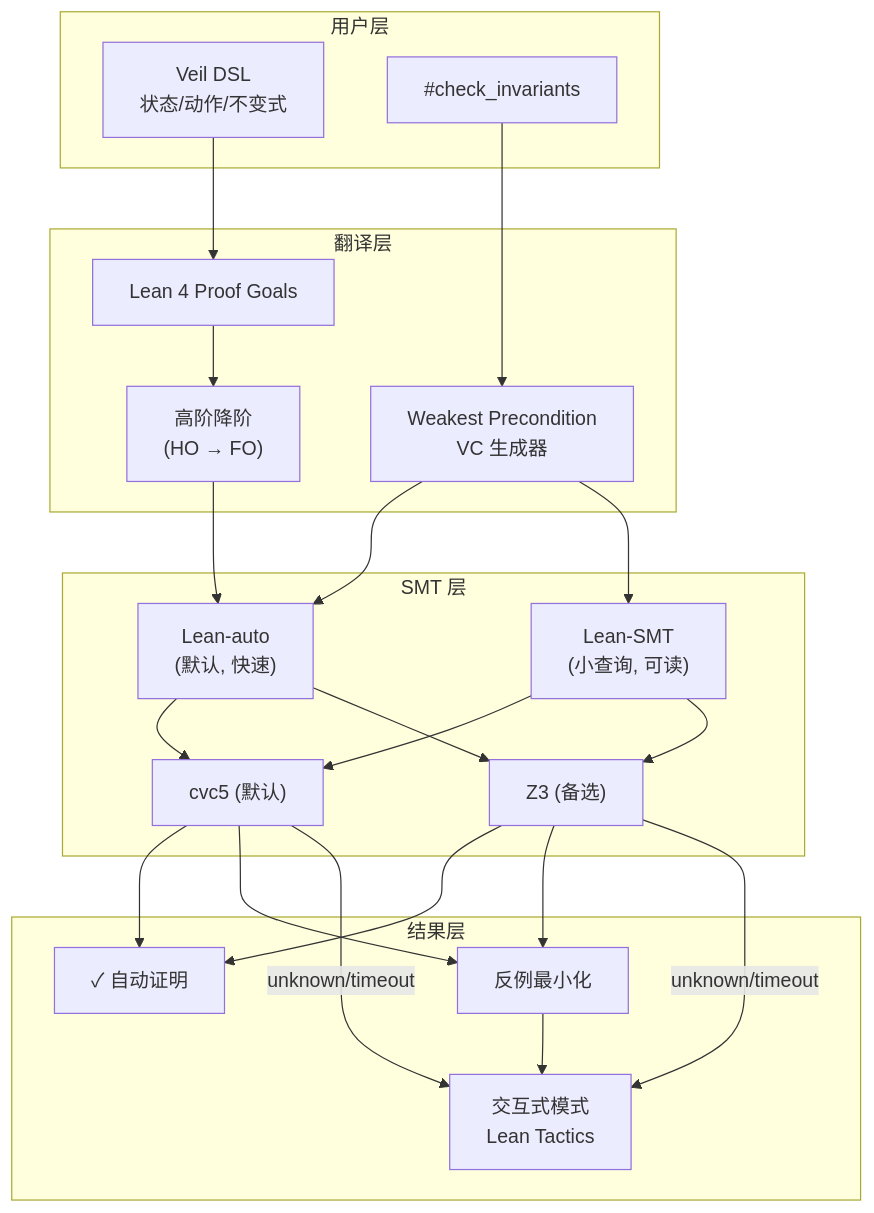
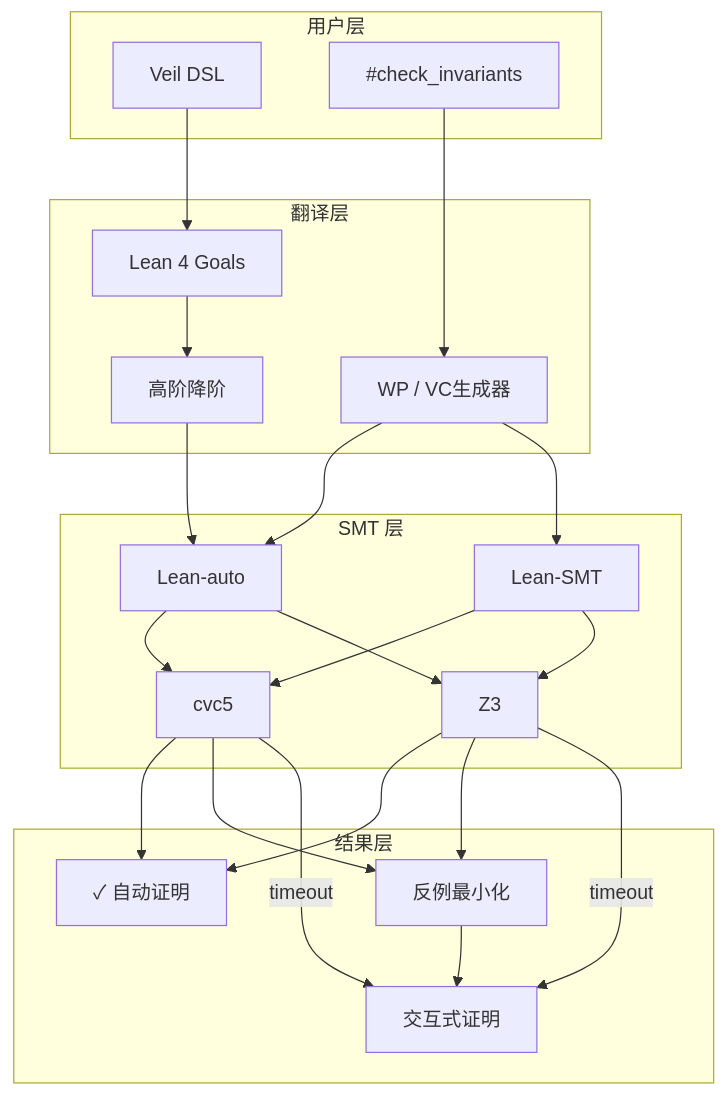
One commit to AdaMartin18010/AnalysisDataFlow changed the first of 2 diagrams in Struct/07-tools/veil-framework-cav2025-production-assessment.md. Above: the diagram before and after it, drawn with Mermaid. The commit also changed other lines of this file and 12 other files, not shown here.

````diff
--- a/Struct/07-tools/veil-framework-cav2025-production-assessment.md
+++ b/Struct/07-tools/veil-framework-cav2025-production-assessment.md
@@ -172,40 +168,40 @@
 ```mermaid
 graph TB
-    subgraph User_Layer["用户层"]
-        DSL["Veil DSL<br/>状态/动作/不变式"]
-        CHECK["#check_invariants"]
+    subgraph UL["用户层"]
+        DSL["Veil DSL"]
+        CHK["#check_invariants"]
     end
-    subgraph Translation_Layer["翻译层"]
-        LEAN["Lean 4 Proof Goals"]
-        HO_RED["高阶降阶<br/>(HO → FO)"]
-        WP["Weakest Precondition<br/>VC 生成器"]
+    subgraph TL["翻译层"]
+        LEAN["Lean 4 Goals"]
+        HOR["高阶降阶"]
+        WP["WP / VC生成器"]
     end
-    subgraph SMT_Layer["SMT 层"]
-        AUTO["Lean-auto<br/>(默认, 快速)"]
-        SMT["Lean-SMT<br/>(小查询, 可读)"]
-        CVC5["cvc5 (默认)"]
-        Z3["Z3 (备选)"]
+    subgraph SL["SMT 层"]
+        AUTO["Lean-auto"]
+        SMT["Lean-SMT"]
+        CVC5["cvc5"]
+        Z3["Z3"]
     end
-    subgraph Result_Layer["结果层"]
-        SUCCESS["✓ 自动证明"]
+    subgraph RL["结果层"]
+        OK["✓ 自动证明"]
         CEX["反例最小化"]
-        INTERACTIVE["交互式模式<br/>Lean Tactics"]
+        INT["交互式证明"]
     end
     DSL --> LEAN
-    CHECK --> WP
-    LEAN --> HO_RED
+    CHK --> WP
+    LEAN --> HOR
     WP --> AUTO
     WP --> SMT
-    HO_RED --> AUTO
+    HOR --> AUTO
     AUTO --> CVC5
     AUTO --> Z3
     SMT --> CVC5
     SMT --> Z3
-    CVC5 --> SUCCESS
+    CVC5 --> OK
     CVC5 --> CEX
-    Z3 --> SUCCESS
+    Z3 --> OK
     Z3 --> CEX
-    CEX --> INTERACTIVE
-    CVC5 -->|unknown/timeout| INTERACTIVE
-    Z3 -->|unknown/timeout| INTERACTIVE
+    CEX --> INT
+    CVC5 -->|timeout| INT
+    Z3 -->|timeout| INT
 ```
````
